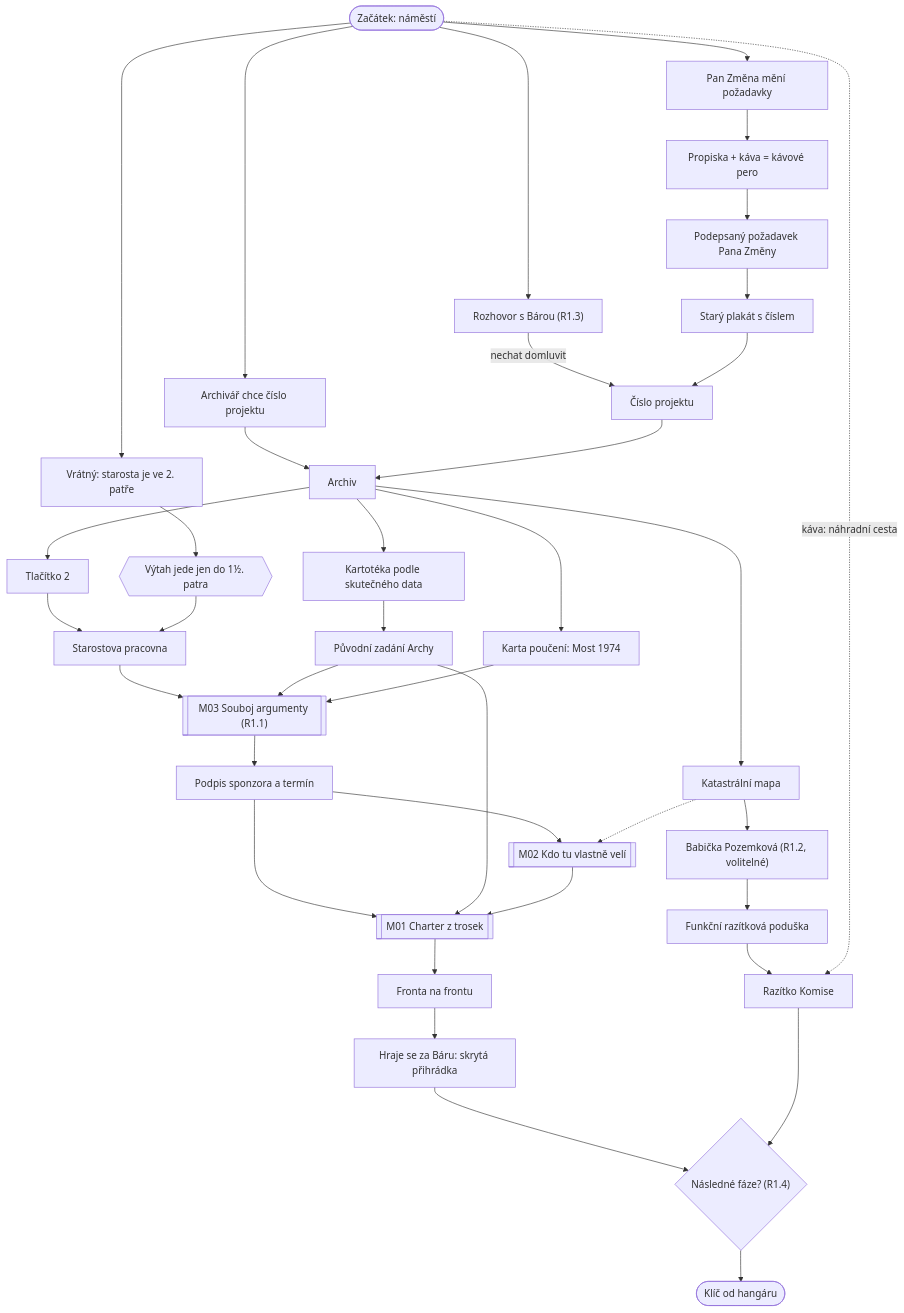
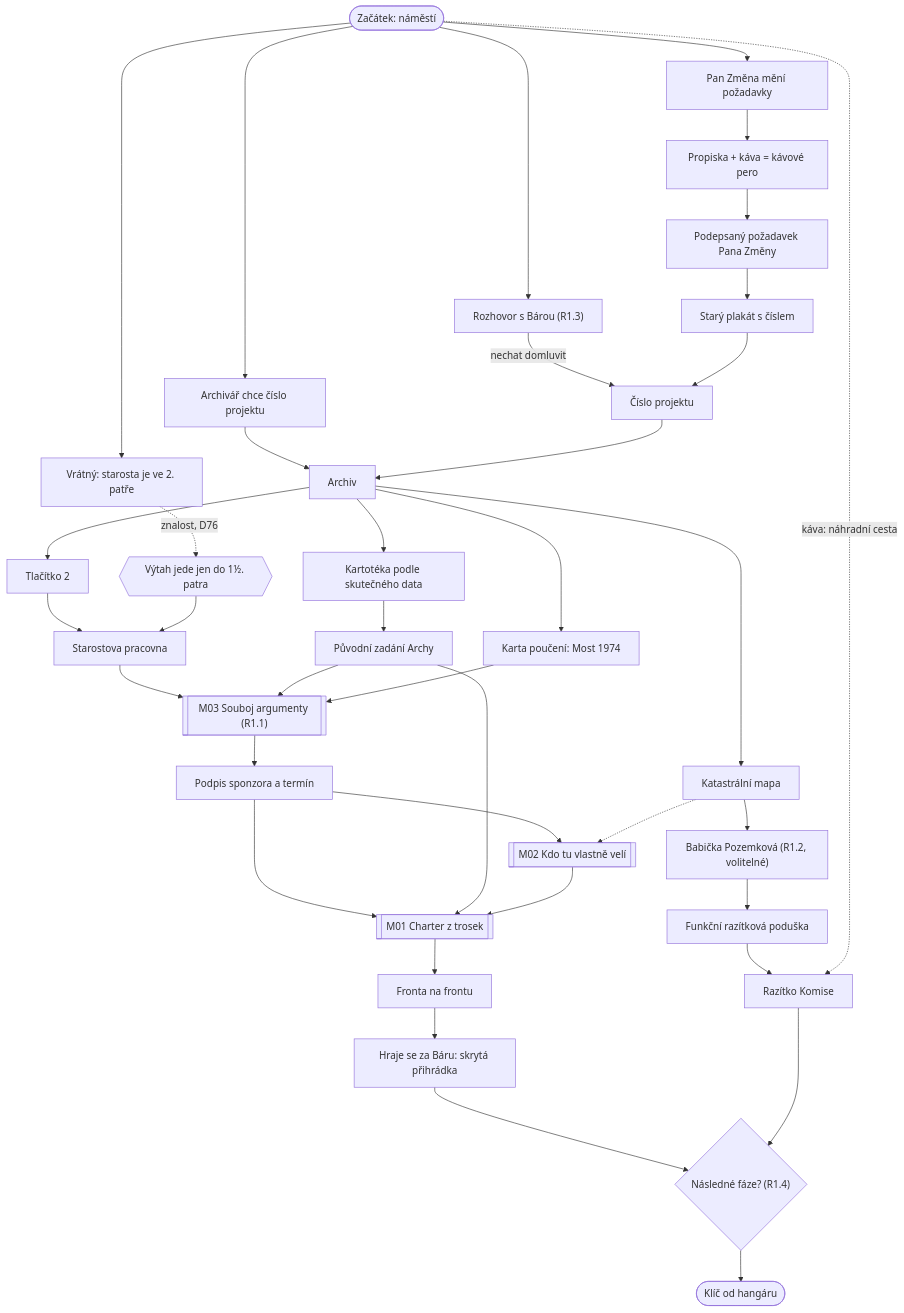
The diagram in docs/kapitoly/01-iniciace.md (miroslavkrupa/games-termin-byl-vcera), drawn with Mermaid before and after one commit. The commit also changed 16 other files, not shown here.

````diff
--- a/docs/kapitoly/01-iniciace.md
+++ b/docs/kapitoly/01-iniciace.md
@@ -135,31 +135,31 @@
 ```mermaid
 flowchart TD
   start(["Začátek: náměstí"]) --> vratny["Vrátný: starosta je ve 2. patře"]
-  vratny --> vytah{{"Výtah jede jen do 1½. patra"}}
+  vratny -.->|znalost, D76| vytah{{"Výtah jede jen do 1½. patra"}}
   start --> bara["Rozhovor s Bárou (R1.3)"]
   start --> zmena["Pan Změna mění požadavky"]
   start --> archivar["Archivář chce číslo projektu"]
   bara -->|nechat domluvit| cislo["Číslo projektu"]
   zmena --> pero["Propiska + káva = kávové pero"]
   pero --> dohoda["Podepsaný požadavek Pana Změny"]
   dohoda --> plakat["Starý plakát s číslem"] --> cislo
   archivar & cislo --> archiv["Archiv"]
   archiv --> tlacitko["Tlačítko 2"]
   archiv --> kartoteka["Kartotéka podle skutečného data"] --> zadani["Původní zadání Archy"]
   archiv --> karta["Karta poučení: Most 1974"]
   archiv --> mapa["Katastrální mapa"]
   tlacitko & vytah --> starosta["Starostova pracovna"]
   starosta & zadani & karta --> m03[["M03 Souboj argumenty (R1.1)"]]
   m03 --> sponzor["Podpis sponzora a termín"]
   sponzor --> m02[["M02 Kdo tu vlastně velí"]]
   mapa -.-> m02
   mapa --> babicka["Babička Pozemková (R1.2, volitelné)"]
   babicka --> poduska["Funkční razítková poduška"]
   sponzor & zadani & m02 --> m01[["M01 Charter z trosek"]]
   m01 --> fronta["Fronta na frontu"]
   fronta --> barasegment["Hraje se za Báru: skrytá přihrádka"]
   poduska --> razitko["Razítko Komise"]
   start -.->|káva: náhradní cesta| razitko
   barasegment & razitko --> predseda{"Následné fáze? (R1.4)"}
   predseda --> konec(["Klíč od hangáru"])
 ```
````
